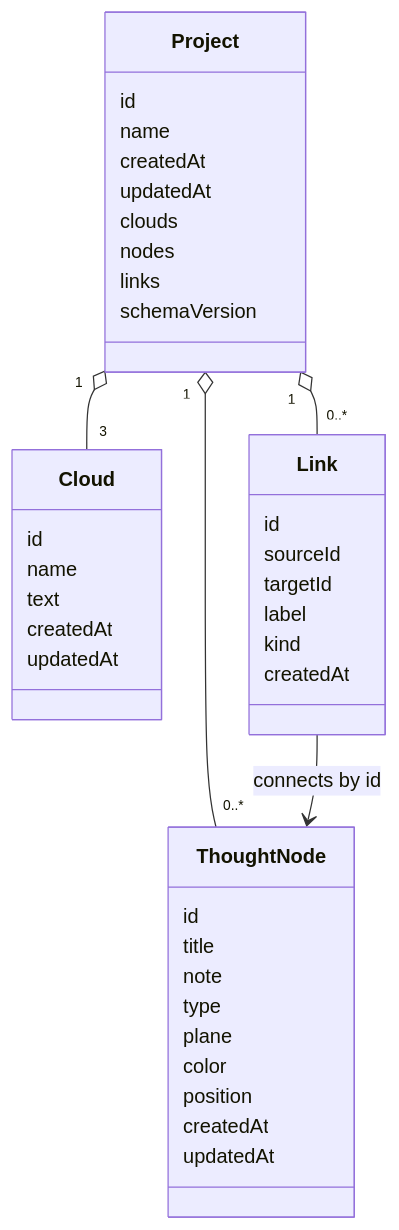
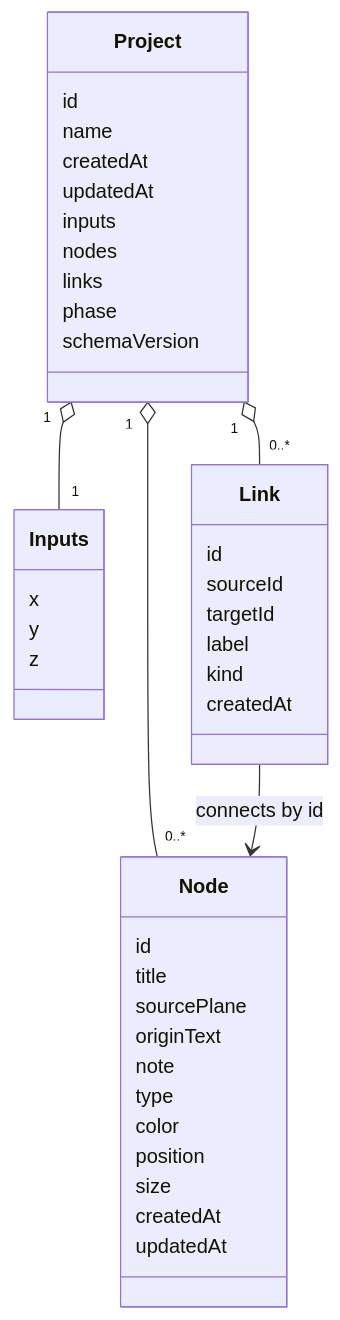
The second of 2 diagrams in PROJEKTAUSBAU.md (marsrakete/wortgeflecht), drawn with Mermaid before and after one commit. The commit also changed other lines of this file and 7 other files, not shown here.

````diff
--- a/PROJEKTAUSBAU.md
+++ b/PROJEKTAUSBAU.md
@@ -91,43 +105,44 @@
 ```mermaid
 classDiagram
     class Project {
         id
         name
         createdAt
         updatedAt
-        clouds
+        inputs
         nodes
         links
+        phase
         schemaVersion
     }
-    class Cloud {
-        id
-        name
-        text
-        createdAt
-        updatedAt
+    class Inputs {
+        x
+        y
+        z
     }
-    class ThoughtNode {
+    class Node {
         id
         title
+        sourcePlane
+        originText
         note
         type
-        plane
         color
         position
+        size
         createdAt
         updatedAt
     }
     class Link {
         id
         sourceId
         targetId
         label
         kind
         createdAt
     }
-    Project "1" o-- "3" Cloud
-    Project "1" o-- "0..*" ThoughtNode
+    Project "1" o-- "1" Inputs
+    Project "1" o-- "0..*" Node
     Project "1" o-- "0..*" Link
-    Link --> ThoughtNode : connects by id
+    Link --> Node : connects by id
 ```
````
